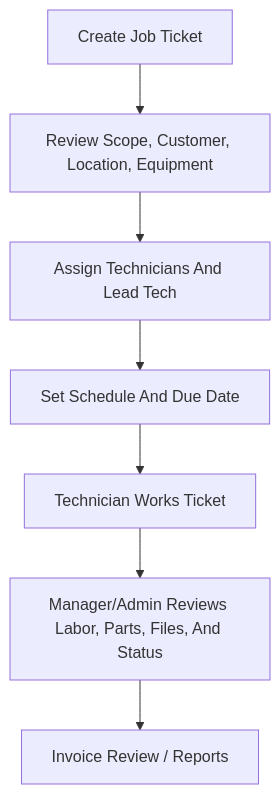
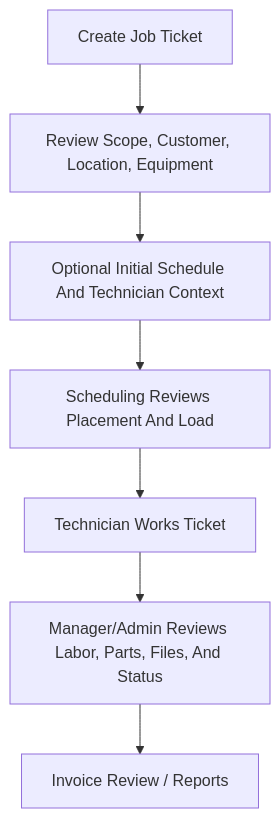
One commit to randalorian985/job-ticket-system changed the first of 2 diagrams in frontend/public/docs/system-wiki.md. Above: the diagram before and after it, drawn with Mermaid. The commit also changed other lines of this file and 17 other files, not shown here.

````diff
--- a/frontend/public/docs/system-wiki.md
+++ b/frontend/public/docs/system-wiki.md
@@ -565,9 +566,9 @@
 ```mermaid
 flowchart TD
   A["Create Job Ticket"] --> B["Review Scope, Customer, Location, Equipment"]
-  B --> C["Assign Technicians And Lead Tech"]
-  C --> D["Set Schedule And Due Date"]
+  B --> C["Optional Initial Schedule And Technician Context"]
+  C --> D["Scheduling Reviews Placement And Load"]
   D --> E["Technician Works Ticket"]
   E --> F["Manager/Admin Reviews Labor, Parts, Files, And Status"]
   F --> G["Invoice Review / Reports"]
 ```
````
